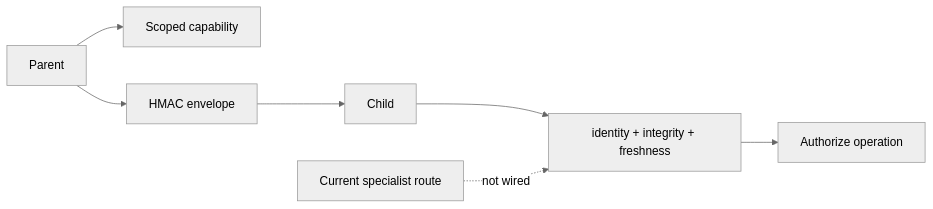
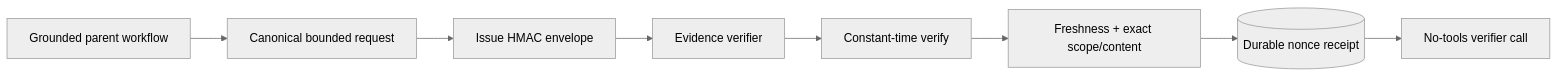
One commit to levalencia/archon changed the first of 2 diagrams in docs/course/concepts/agent-communication-security.md. Above: the diagram before and after it, drawn with Mermaid (neutral theme). The commit also changed other lines of this file and 5 other files, not shown here.

````diff
--- a/docs/course/concepts/agent-communication-security.md
+++ b/docs/course/concepts/agent-communication-security.md
@@ -19,9 +17,10 @@
 ```mermaid
 flowchart LR
-    Parent --> Token[Scoped capability]
-    Parent --> Sign[HMAC envelope]
-    Sign --> Child
-    Child --> Verify[identity + integrity + freshness]
-    Verify --> Policy[Authorize operation]
-    LiveRoute[Current specialist route] -. not wired .-> Verify
+    Parent[Grounded parent workflow] --> Canon[Canonical bounded request]
+    Canon --> Issue[Issue HMAC envelope]
+    Issue --> Child[Evidence verifier]
+    Child --> Verify[Constant-time verify]
+    Verify --> Fresh[Freshness + exact scope/content]
+    Fresh --> Receipt[(Durable nonce receipt)]
+    Receipt --> Provider[No-tools verifier call]
 ```
````
